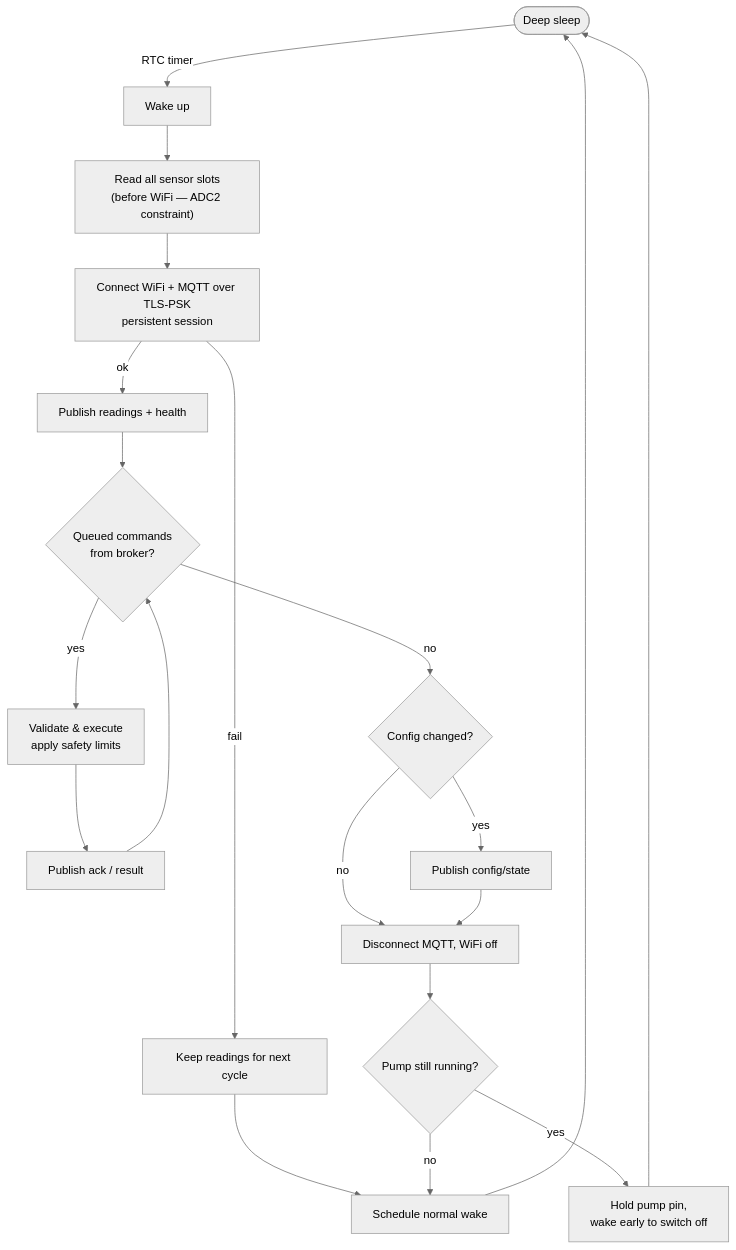
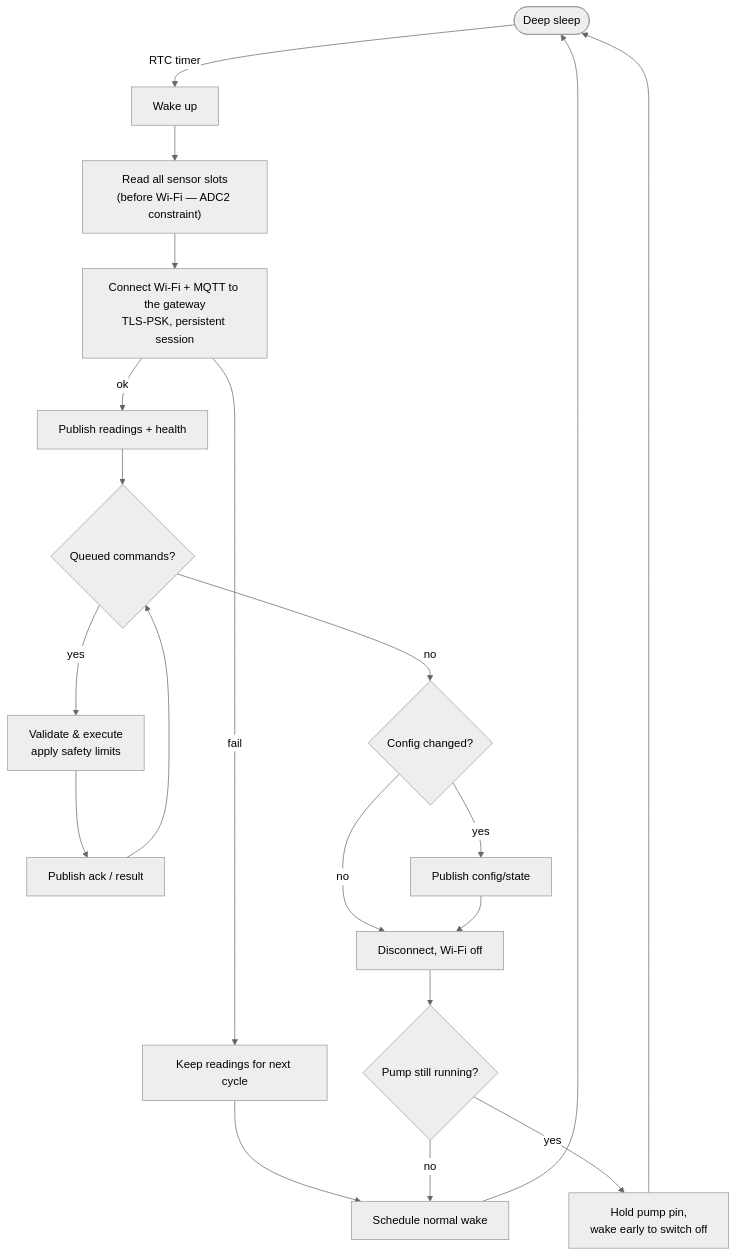
One commit to Hansom17/MoistureController changed the seventh of 13 diagrams in PROJECT.md. Above: the diagram before and after it, drawn with Mermaid (neutral theme). The commit also changed other lines of this file and 86 other files, not shown here.

````diff
--- a/PROJECT.md
+++ b/PROJECT.md
@@ -376,22 +364,22 @@
 ```mermaid
 flowchart TD
     A([Deep sleep]) -->|RTC timer| B[Wake up]
-    B --> C["Read all sensor slots<br/>(before WiFi — ADC2 constraint)"]
-    C --> D[Connect WiFi + MQTT over TLS-PSK<br/>persistent session]
+    B --> C["Read all sensor slots<br/>(before Wi-Fi — ADC2 constraint)"]
+    C --> D[Connect Wi-Fi + MQTT to the gateway<br/>TLS-PSK, persistent session]
     D -->|fail| R[Keep readings for next cycle]
     R --> Z
     D -->|ok| E[Publish readings + health]
-    E --> F{Queued commands<br/>from broker?}
+    E --> F{Queued commands?}
     F -->|yes| G[Validate & execute<br/>apply safety limits]
     G --> H[Publish ack / result]
     H --> F
     F -->|no| I{Config changed?}
     I -->|yes| J[Publish config/state]
     I -->|no| K
-    J --> K[Disconnect MQTT, WiFi off]
+    J --> K[Disconnect, Wi-Fi off]
     K --> L{Pump still running?}
     L -->|yes| M[Hold pump pin,<br/>wake early to switch off]
     L -->|no| Z[Schedule normal wake]
     M --> A
     Z --> A
 ```
````
